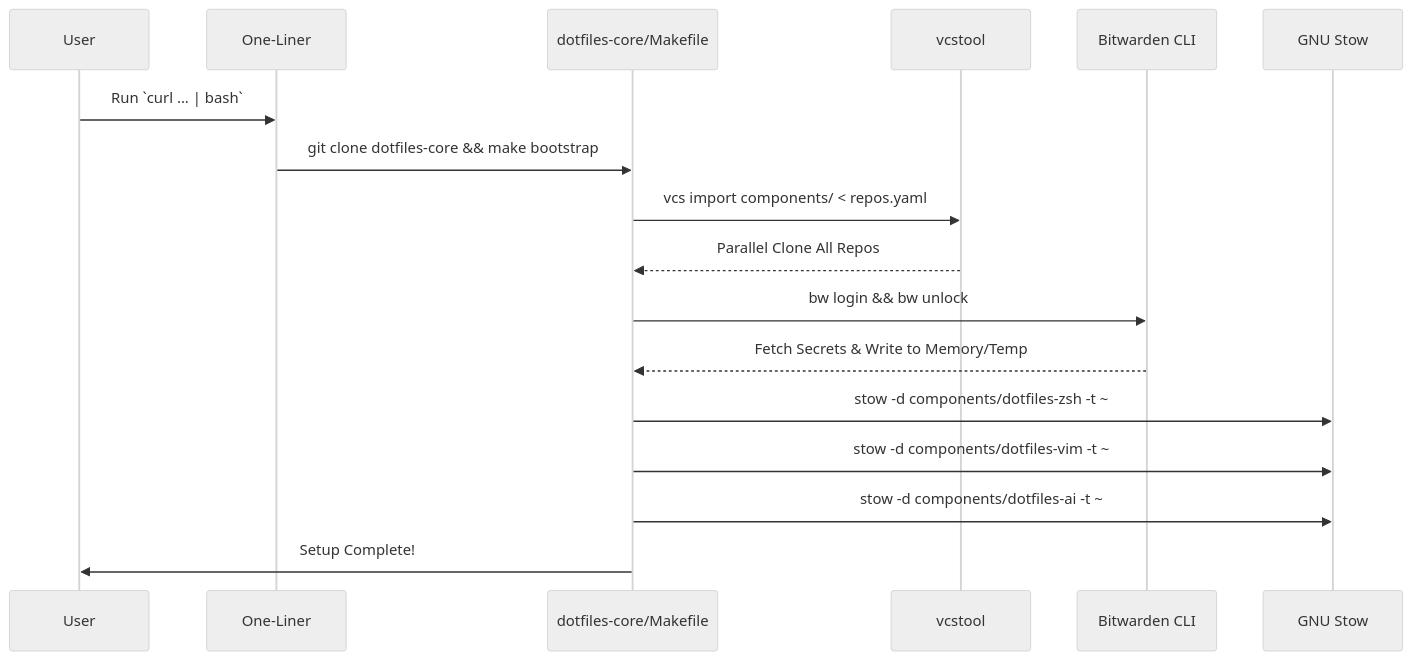
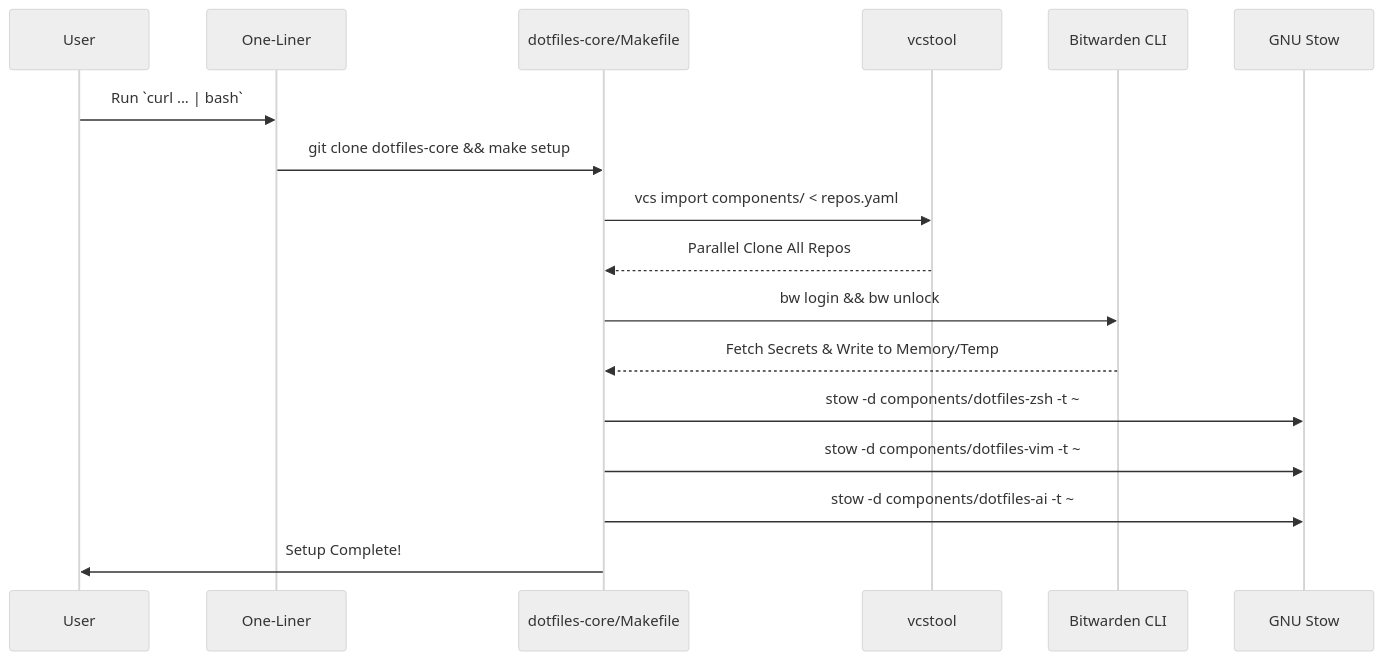
Before and after one commit to yohi/dotfiles-core: the diagram in SPEC.md, drawn with Mermaid (neutral theme). The commit also changed 1 other file, not shown here.

Commit message:
feat(setup): SSH/HTTPS クローンオプション追加とセットアップ手順の改善

````diff
--- a/SPEC.md
+++ b/SPEC.md
@@ -53,20 +53,20 @@
 ```mermaid
 sequenceDiagram
     participant User
     participant CurlBash as One-Liner
     participant Make as dotfiles-core/Makefile
     participant VCS as vcstool
     participant BW as Bitwarden CLI
     participant Stow as GNU Stow
 
     User->>CurlBash: Run `curl ... | bash`
-    CurlBash->>Make: git clone dotfiles-core && make bootstrap
+    CurlBash->>Make: git clone dotfiles-core && make setup
     Make->>VCS: vcs import components/ < repos.yaml
     VCS-->>Make: Parallel Clone All Repos
     Make->>BW: bw login && bw unlock
     BW-->>Make: Fetch Secrets & Write to Memory/Temp
     Make->>Stow: stow -d components/dotfiles-zsh -t ~
     Make->>Stow: stow -d components/dotfiles-vim -t ~
     Make->>Stow: stow -d components/dotfiles-ai -t ~
     Make->>User: Setup Complete!
 ```
````
